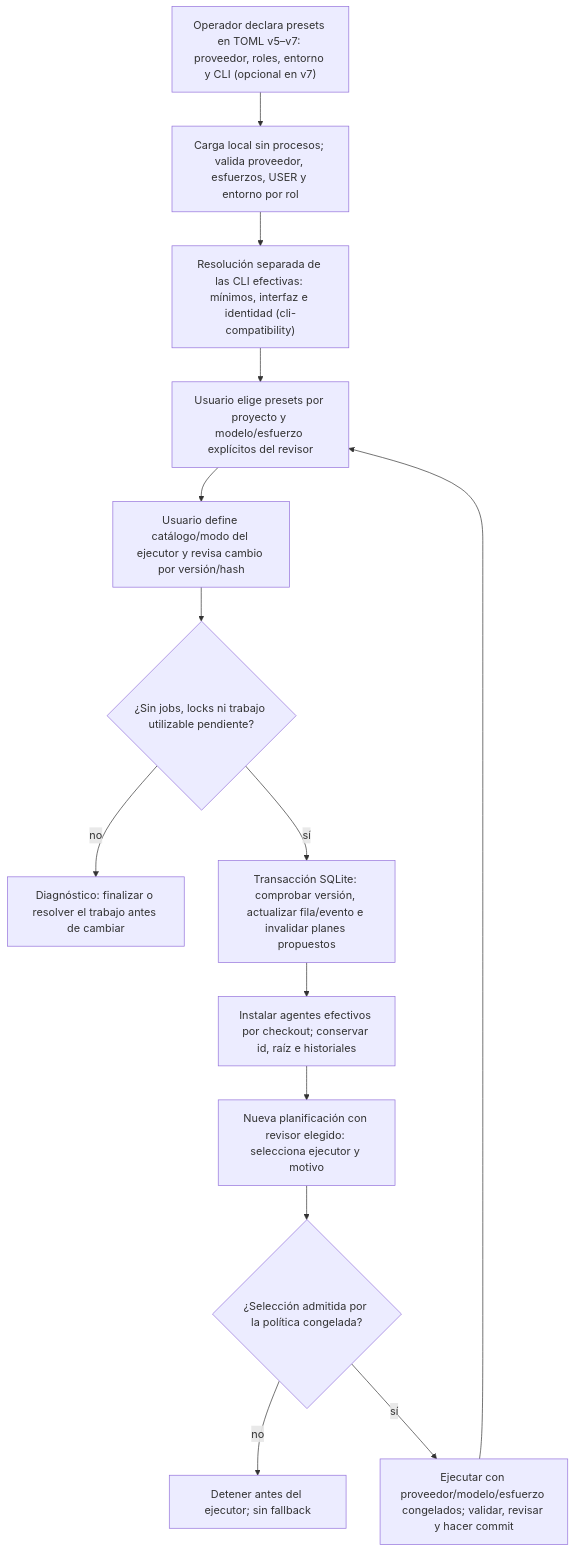
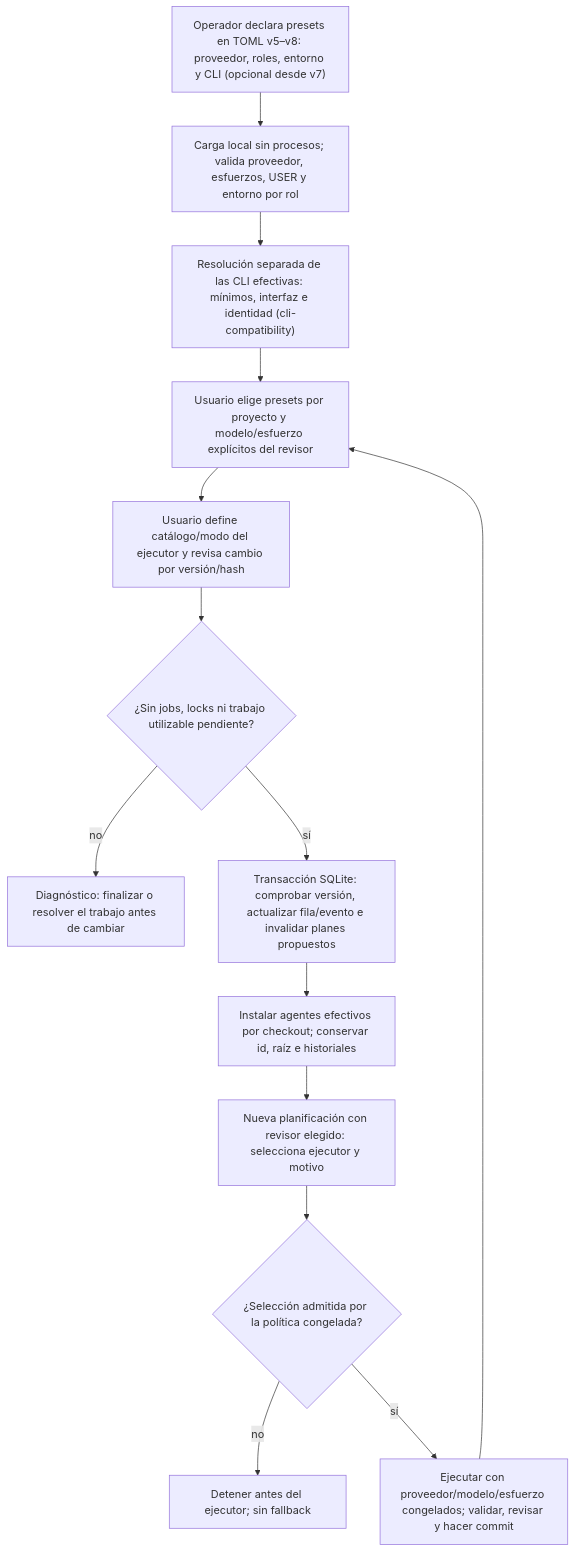
The diagram in docs/flows/project-agents.md (AcostaDDev/my-harness-archive), drawn with Mermaid before and after one commit. The commit also changed other lines of this file and 20 other files, not shown here.

````diff
--- a/docs/flows/project-agents.md
+++ b/docs/flows/project-agents.md
@@ -9,17 +9,17 @@
 ```mermaid
 flowchart TD
-    O["Operador declara presets en TOML v5–v7: proveedor, roles, entorno y CLI (opcional en v7)"] --> C["Carga local sin procesos; valida proveedor, esfuerzos, USER y entorno por rol"]
+    O["Operador declara presets en TOML v5–v8: proveedor, roles, entorno y CLI (opcional desde v7)"] --> C["Carga local sin procesos; valida proveedor, esfuerzos, USER y entorno por rol"]
     C --> CL["Resolución separada de las CLI efectivas: mínimos, interfaz e identidad (cli-compatibility)"]
     CL --> U
     U["Usuario elige presets por proyecto y modelo/esfuerzo explícitos del revisor"]
     U --> P["Usuario define catálogo/modo del ejecutor y revisa cambio por versión/hash"]
     P --> G{"¿Sin jobs, locks ni trabajo utilizable pendiente?"}
     G -- no --> B["Diagnóstico: finalizar o resolver el trabajo antes de cambiar"]
     G -- sí --> T["Transacción SQLite: comprobar versión, actualizar fila/evento e invalidar planes propuestos"]
     T --> I["Instalar agentes efectivos por checkout; conservar id, raíz e historiales"]
     I --> R["Nueva planificación con revisor elegido: selecciona ejecutor y motivo"]
     R --> V{"¿Selección admitida por la política congelada?"}
     V -- no --> X["Detener antes del ejecutor; sin fallback"]
     V -- sí --> E["Ejecutar con proveedor/modelo/esfuerzo congelados; validar, revisar y hacer commit"]
     E --> U
 ```
````
